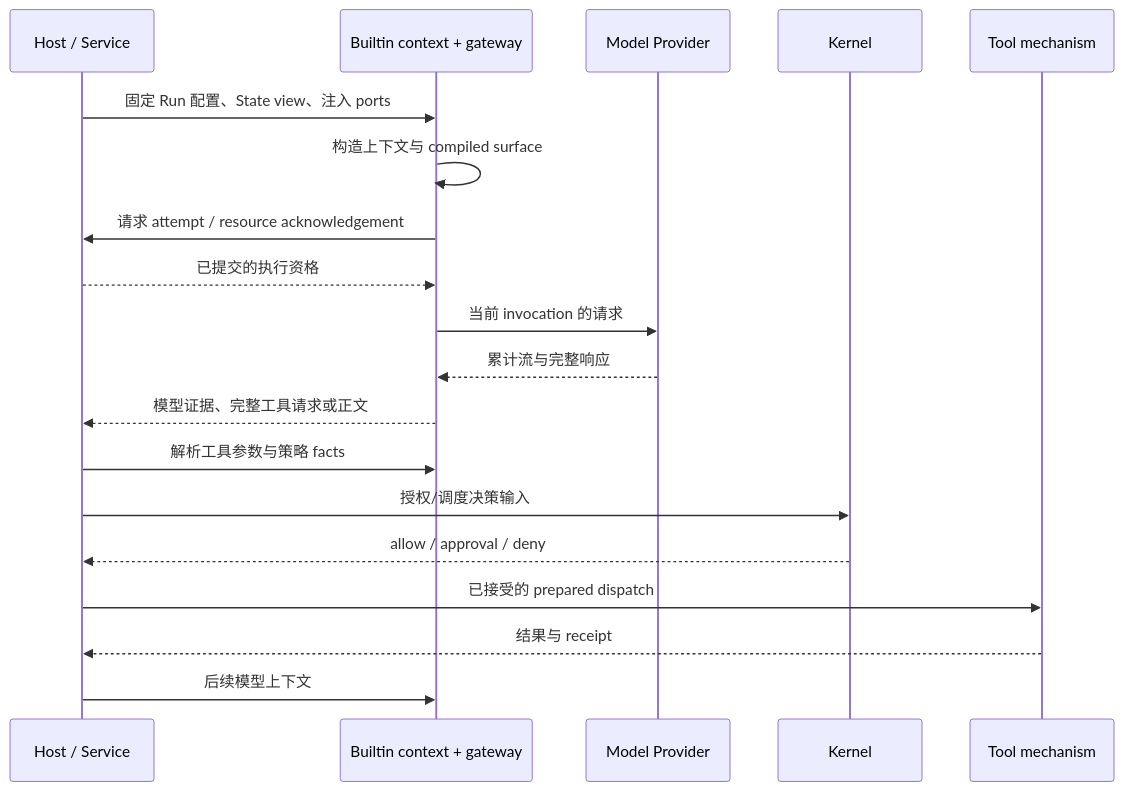
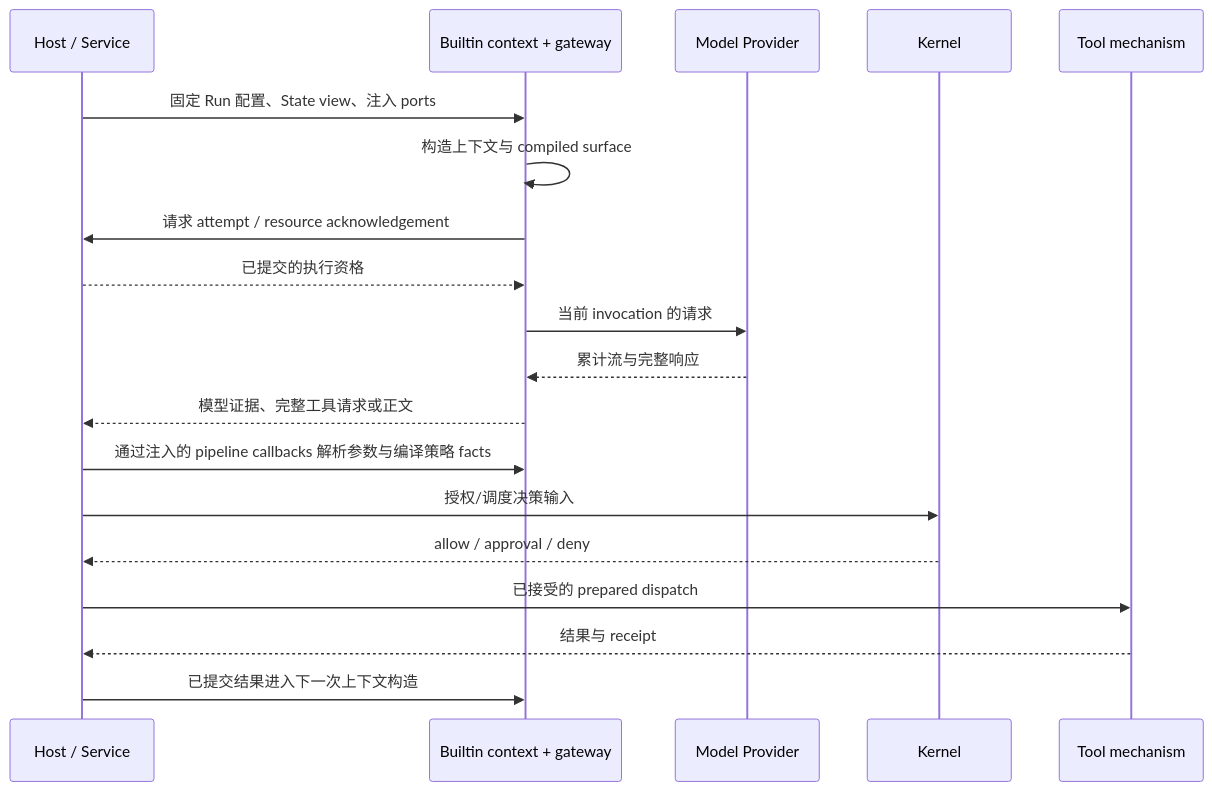
One commit to ferqx/kite-code changed the diagram in docs/development/flows/model-tool-cycle.md. Above: the diagram before and after it, drawn with Mermaid. The commit also changed other lines of this file and 14 other files, not shown here.

Commit message:
docs: map product architecture and verify runtime boundaries

````diff
--- a/docs/development/flows/model-tool-cycle.md
+++ b/docs/development/flows/model-tool-cycle.md
@@ -5,21 +5,21 @@
 ```mermaid
 sequenceDiagram
   participant H as Host / Service
   participant B as Builtin context + gateway
   participant P as Model Provider
   participant K as Kernel
   participant T as Tool mechanism
   H->>B: 固定 Run 配置、State view、注入 ports
   B->>B: 构造上下文与 compiled surface
   B->>H: 请求 attempt / resource acknowledgement
   H-->>B: 已提交的执行资格
   B->>P: 当前 invocation 的请求
   P-->>B: 累计流与完整响应
   B-->>H: 模型证据、完整工具请求或正文
-  H->>B: 解析工具参数与策略 facts
+  H->>B: 通过注入的 pipeline callbacks 解析参数与编译策略 facts
   H->>K: 授权/调度决策输入
   K-->>H: allow / approval / deny
   H->>T: 已接受的 prepared dispatch
   T-->>H: 结果与 receipt
-  H->>B: 后续模型上下文
+  H->>B: 已提交结果进入下一次上下文构造
 ```
````
